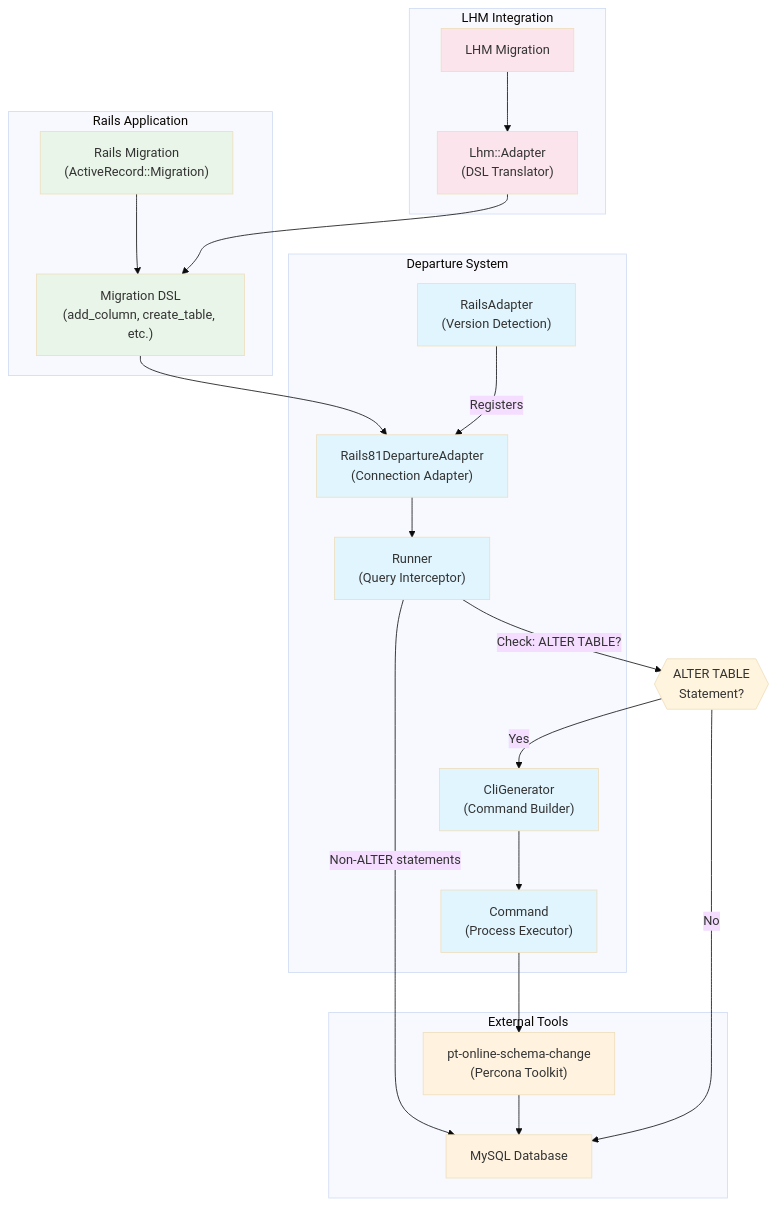
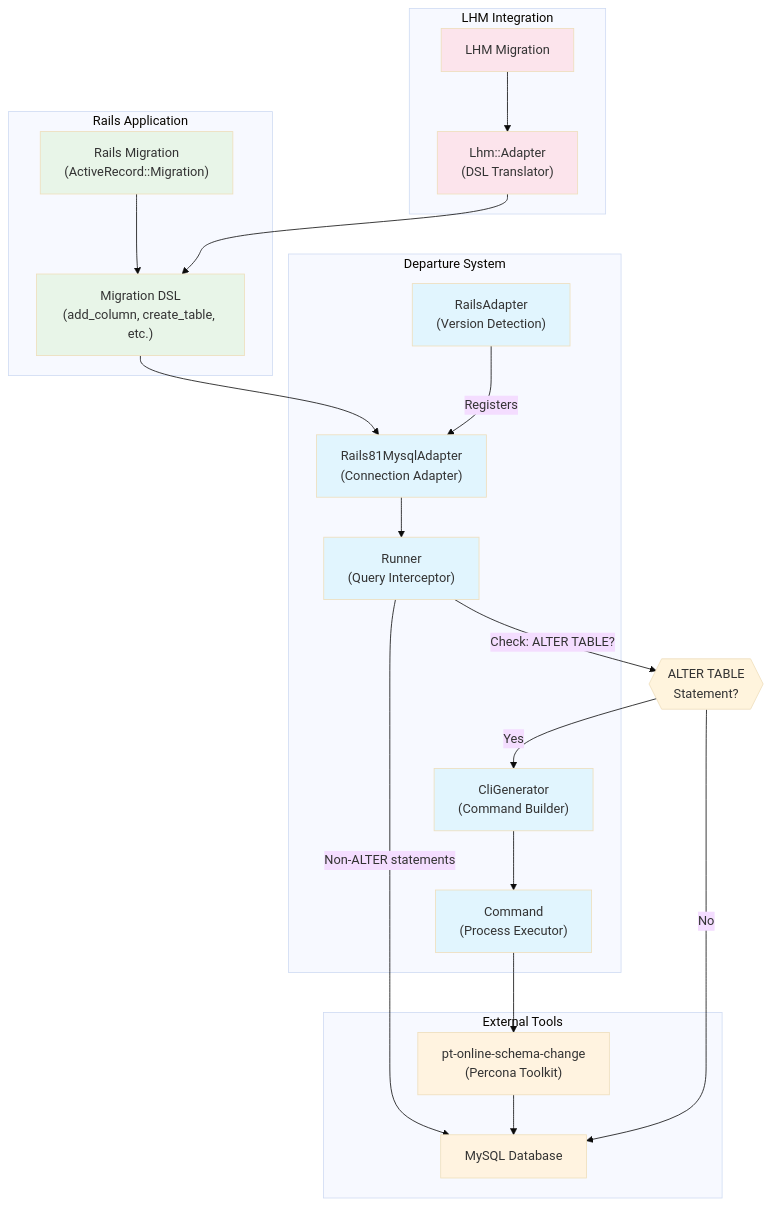
The diagram in README.md (departurerb/departure), drawn with Mermaid (base theme) before and after one commit. The commit also changed 4 other files, not shown here.

Commit message:
Rename Rails81DepartureAdapter to Rails81Mysql2Adapter

````diff
--- a/README.md
+++ b/README.md
@@ -227,61 +227,61 @@
 ```mermaid
  flowchart TB
       %% User Level
       subgraph "Rails Application"
           Migration["Rails Migration<br/>(ActiveRecord::Migration)"]
           DSL["Migration DSL<br/>(add_column, create_table, etc.)"]
       end
 
       %% Core Departure Components
       subgraph "Departure System"
           RailsAdapter["RailsAdapter<br/>(Version Detection)"]
-          DepartureAdapter["Rails81DepartureAdapter<br/>(Connection Adapter)"]
+          DepartureAdapter["Rails81MysqlAdapter<br/>(Connection Adapter)"]
           Runner["Runner<br/>(Query Interceptor)"]
           Command["Command<br/>(Process Executor)"]
           CliGenerator["CliGenerator<br/>(Command Builder)"]
       end
 
       %% External Components
       subgraph "External Tools"
           PTOSC["pt-online-schema-change<br/>(Percona Toolkit)"]
           MySQL["MySQL Database"]
       end
 
       %% LHM Integration
       subgraph "LHM Integration"
           LhmAdapter["Lhm::Adapter<br/>(DSL Translator)"]
           LhmMigration["LHM Migration"]
       end
 
       %% Flow connections
       Migration --> DSL
       DSL --> DepartureAdapter
       DepartureAdapter --> Runner
       Runner --> |"Non-ALTER statements"| MySQL
       CliGenerator --> Command
       Command --> PTOSC
       PTOSC --> MySQL
 
       %% LHM Flow
       LhmMigration --> LhmAdapter
       LhmAdapter --> DSL
 
       %% Configuration Flow
       RailsAdapter --> |"Registers"| DepartureAdapter
 
       %% Decision Points
       Runner --> |"Check: ALTER TABLE?"| DecisionNode{{"ALTER TABLE<br/>Statement?"}}
       DecisionNode --> |"Yes"| CliGenerator
       DecisionNode --> |"No"| MySQL
 
       %% Styling
       classDef departure fill:#e1f5fe
       classDef external fill:#fff3e0
       classDef rails fill:#e8f5e8
       classDef lhm fill:#fce4ec
 
       class RailsAdapter,DepartureAdapter,Runner,Command,CliGenerator departure
       class PTOSC,MySQL external
       class Migration,DSL rails
       class LhmAdapter,LhmMigration lhm
 ```
````
